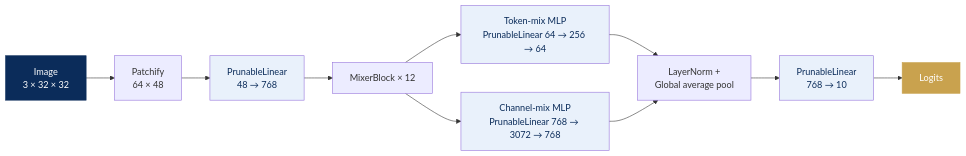
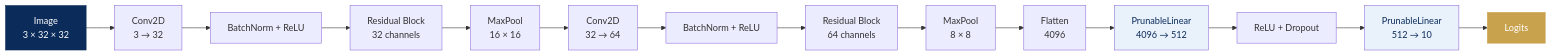
One commit to Pranav0518/Tredence_Self_Pruning_Neural_Network changed the diagram in README.md. Above: the diagram before and after it, drawn with Mermaid.

````diff
--- a/README.md
+++ b/README.md
@@ -123,19 +123,25 @@
 ```mermaid
 flowchart LR
-    A["Image<br/>3 × 32 × 32"] --> B["Patchify<br/>64 × 48"]
-    B --> C["PrunableLinear<br/>48 → 768"]
-    C --> D["MixerBlock × 12"]
-    D --> D1["Token-mix MLP<br/>PrunableLinear 64 → 256 → 64"]
-    D --> D2["Channel-mix MLP<br/>PrunableLinear 768 → 3072 → 768"]
-    D1 --> E["LayerNorm +<br/>Global average pool"]
-    D2 --> E
-    E --> F["PrunableLinear<br/>768 → 10"]
-    F --> G["Logits"]
+    A["Image<br/>3 × 32 × 32"] --> B["Conv2D<br/>3 → 32"]
+    B --> C["BatchNorm + ReLU"]
+    C --> D["Residual Block<br/>32 channels"]
+    D --> E["MaxPool<br/>16 × 16"]
+
+    E --> F["Conv2D<br/>32 → 64"]
+    F --> G["BatchNorm + ReLU"]
+    G --> H["Residual Block<br/>64 channels"]
+    H --> I["MaxPool<br/>8 × 8"]
+
+    I --> J["Flatten<br/>4096"]
+
+    J --> K["PrunableLinear<br/>4096 → 512"]
+    K --> L["ReLU + Dropout"]
+    L --> M["PrunableLinear<br/>512 → 10"]
+
+    M --> N["Logits"]
 
     style A fill:#0B2C5A,color:#fff,stroke:#0B2C5A
-    style G fill:#C9A24E,color:#fff,stroke:#C9A24E
-    style C fill:#E9F1FB,color:#0B2C5A
-    style D1 fill:#E9F1FB,color:#0B2C5A
-    style D2 fill:#E9F1FB,color:#0B2C5A
-    style F fill:#E9F1FB,color:#0B2C5A
+    style N fill:#C9A24E,color:#fff,stroke:#C9A24E
+    style K fill:#E9F1FB,color:#0B2C5A
+    style M fill:#E9F1FB,color:#0B2C5A
 ```
````
